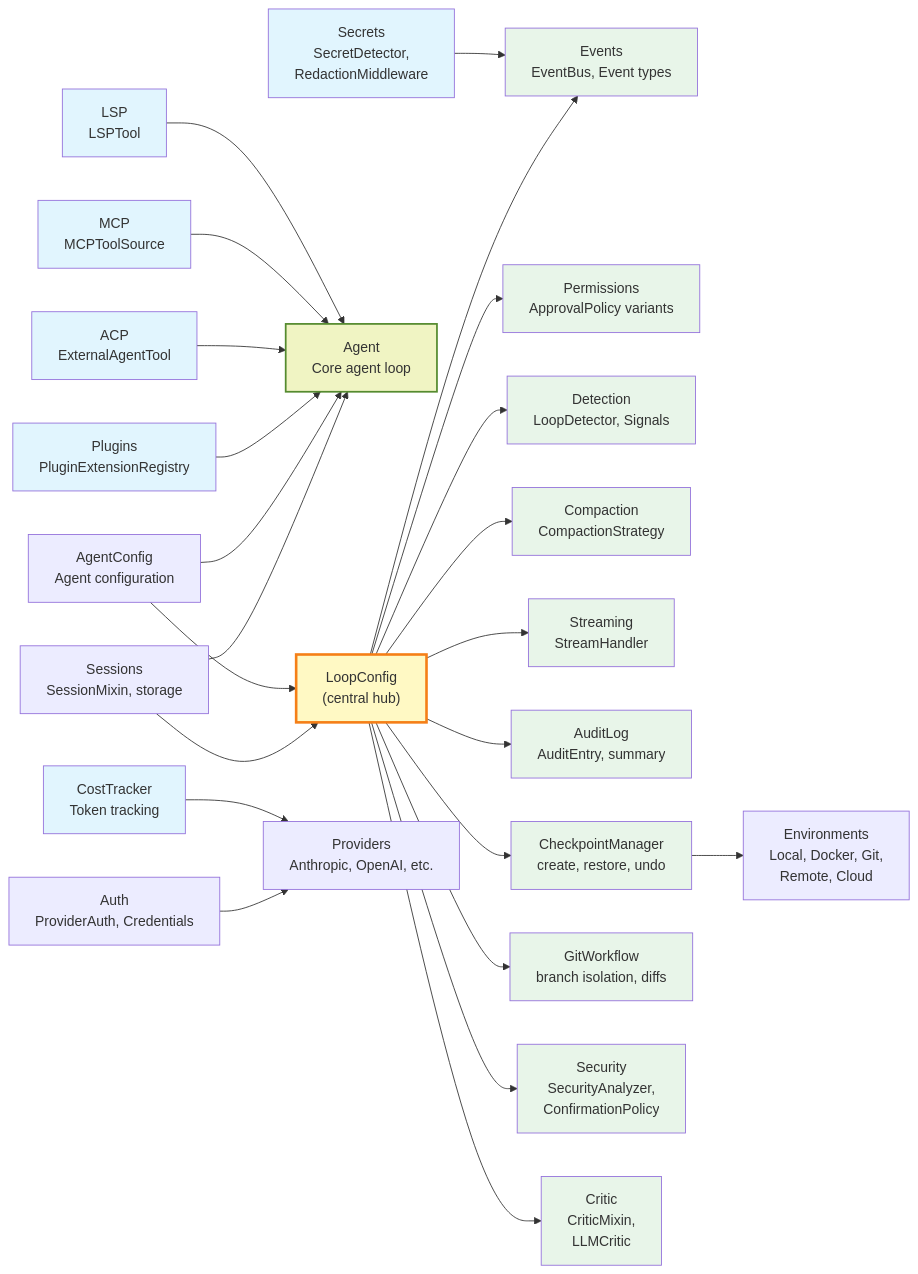
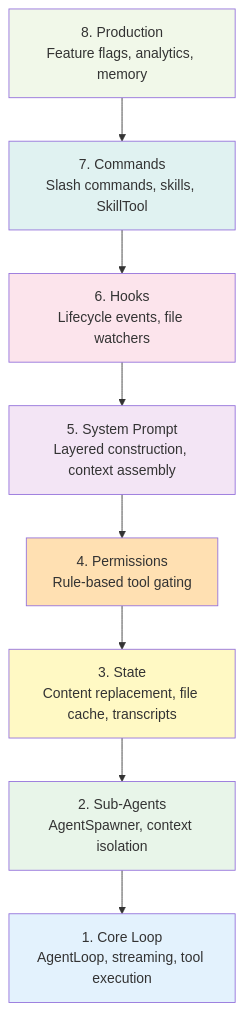
Before and after one commit to 0bserver07/chimera: the first of 3 diagrams in docs/architecture.md, drawn with Mermaid. The commit also changed other lines of this file and 2 other files, not shown here.

First line of the commit message:
docs: rewrite architecture, add module index, add quickstart guide

````diff
--- a/docs/architecture.md
+++ b/docs/architecture.md
@@ -251,76 +19,22 @@
 ```mermaid
-graph LR
-    LoopConfig["LoopConfig<br/>(central hub)"]
+graph TD
+    L8["8. Production<br/>Feature flags, analytics, memory"]
+    L7["7. Commands<br/>Slash commands, skills, SkillTool"]
+    L6["6. Hooks<br/>Lifecycle events, file watchers"]
+    L5["5. System Prompt<br/>Layered construction, context assembly"]
+    L4["4. Permissions<br/>Rule-based tool gating"]
+    L3["3. State<br/>Content replacement, file cache, transcripts"]
+    L2["2. Sub-Agents<br/>AgentSpawner, context isolation"]
+    L1["1. Core Loop<br/>AgentLoop, streaming, tool execution"]
 
-    Events["Events<br/>EventBus, Event types"]
-    Permissions["Permissions<br/>ApprovalPolicy variants"]
-    Detection["Detection<br/>LoopDetector, Signals"]
-    Compaction["Compaction<br/>CompactionStrategy"]
-    Streaming["Streaming<br/>StreamHandler"]
-    AuditLog["AuditLog<br/>AuditEntry, summary"]
-    CheckpointMgr["CheckpointManager<br/>create, restore, undo"]
-    GitWorkflow["GitWorkflow<br/>branch isolation, diffs"]
-    SecurityMod["Security<br/>SecurityAnalyzer,<br/>ConfirmationPolicy"]
-    CriticMod["Critic<br/>CriticMixin,<br/>LLMCritic"]
+    L8 --> L7 --> L6 --> L5 --> L4 --> L3 --> L2 --> L1
 
-    Sessions["Sessions<br/>SessionMixin, storage"]
-    Auth["Auth<br/>ProviderAuth, Credentials"]
-    AgentConfig["AgentConfig<br/>Agent configuration"]
-
-    Agent["Agent<br/>Core agent loop"]
-
-    Secrets["Secrets<br/>SecretDetector,<br/>RedactionMiddleware"]
-    Plugins["Plugins<br/>PluginExtensionRegistry"]
-    ACPMod["ACP<br/>ExternalAgentTool"]
-    MCPMod["MCP<br/>MCPToolSource"]
-    LSPMod["LSP<br/>LSPTool"]
-    CostTracker["CostTracker<br/>Token tracking"]
-
-    LoopConfig --> Events
-    LoopConfig --> Permissions
-    LoopConfig --> Detection
-    LoopConfig --> Compaction
-    LoopConfig --> Streaming
-    LoopConfig --> AuditLog
-    LoopConfig --> CheckpointMgr
-    LoopConfig --> GitWorkflow
-    LoopConfig --> SecurityMod
-    LoopConfig --> CriticMod
-
-    Secrets --> Events
-
-    Sessions --> LoopConfig
-    Sessions --> Agent
-
-    Auth --> Providers["Providers<br/>Anthropic, OpenAI, etc."]
-    CostTracker --> Providers
-
-    AgentConfig --> Agent
-    AgentConfig --> LoopConfig
-
-    Plugins --> Agent
-    ACPMod --> Agent
-    MCPMod --> Agent
-    LSPMod --> Agent
-
-    CheckpointMgr --> Environments["Environments<br/>Local, Docker, Git,<br/>Remote, Cloud"]
-
-    style LoopConfig fill:#fff9c4,stroke:#f57f17,stroke-width:3px
-    style Agent fill:#f0f4c3,stroke:#558b2f,stroke-width:2px
-    style Events fill:#e8f5e9
-    style Permissions fill:#e8f5e9
-    style Detection fill:#e8f5e9
-    style Compaction fill:#e8f5e9
-    style Streaming fill:#e8f5e9
-    style AuditLog fill:#e8f5e9
-    style CheckpointMgr fill:#e8f5e9
-    style GitWorkflow fill:#e8f5e9
-    style SecurityMod fill:#e8f5e9
-    style CriticMod fill:#e8f5e9
-    style Secrets fill:#e1f5fe
-    style Plugins fill:#e1f5fe
-    style ACPMod fill:#e1f5fe
-    style MCPMod fill:#e1f5fe
-    style LSPMod fill:#e1f5fe
-    style CostTracker fill:#e1f5fe
+    style L1 fill:#e3f2fd
+    style L2 fill:#e8f5e9
+    style L3 fill:#fff9c4
+    style L4 fill:#ffe0b2
+    style L5 fill:#f3e5f5
+    style L6 fill:#fce4ec
+    style L7 fill:#e0f2f1
+    style L8 fill:#f1f8e9
 ```
````
